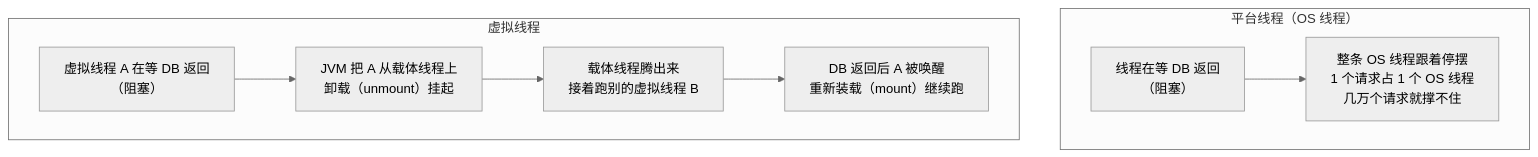
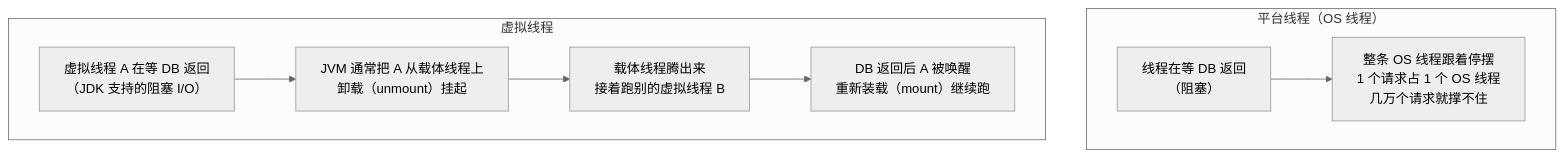
One commit to CrazyForks/java-full-stack changed the second of 2 diagrams in docs/01-阶段一-Java语言深化与JVM体系/02-Java17-21-25语言特性.md. Above: the diagram before and after it, drawn with Mermaid (neutral theme). The commit also changed other lines of this file and 58 other files, not shown here.

````diff
--- a/docs/01-阶段一-Java语言深化与JVM体系/02-Java17-21-25语言特性.md
+++ b/docs/01-阶段一-Java语言深化与JVM体系/02-Java17-21-25语言特性.md
@@ -187,11 +187,11 @@
 ```mermaid
 flowchart TD
     subgraph A["平台线程（OS 线程）"]
         A1["线程在等 DB 返回<br/>（阻塞）"] --> A2["整条 OS 线程跟着停摆<br/>1 个请求占 1 个 OS 线程<br/>几万个请求就撑不住"]
     end
     subgraph B["虚拟线程"]
-        B1["虚拟线程 A 在等 DB 返回<br/>（阻塞）"] --> B2["JVM 把 A 从载体线程上<br/>卸载（unmount）挂起"]
+        B1["虚拟线程 A 在等 DB 返回<br/>（JDK 支持的阻塞 I/O）"] --> B2["JVM 通常把 A 从载体线程上<br/>卸载（unmount）挂起"]
         B2 --> B3["载体线程腾出来<br/>接着跑别的虚拟线程 B"]
         B3 --> B4["DB 返回后 A 被唤醒<br/>重新装载（mount）继续跑"]
     end
 ```
````
